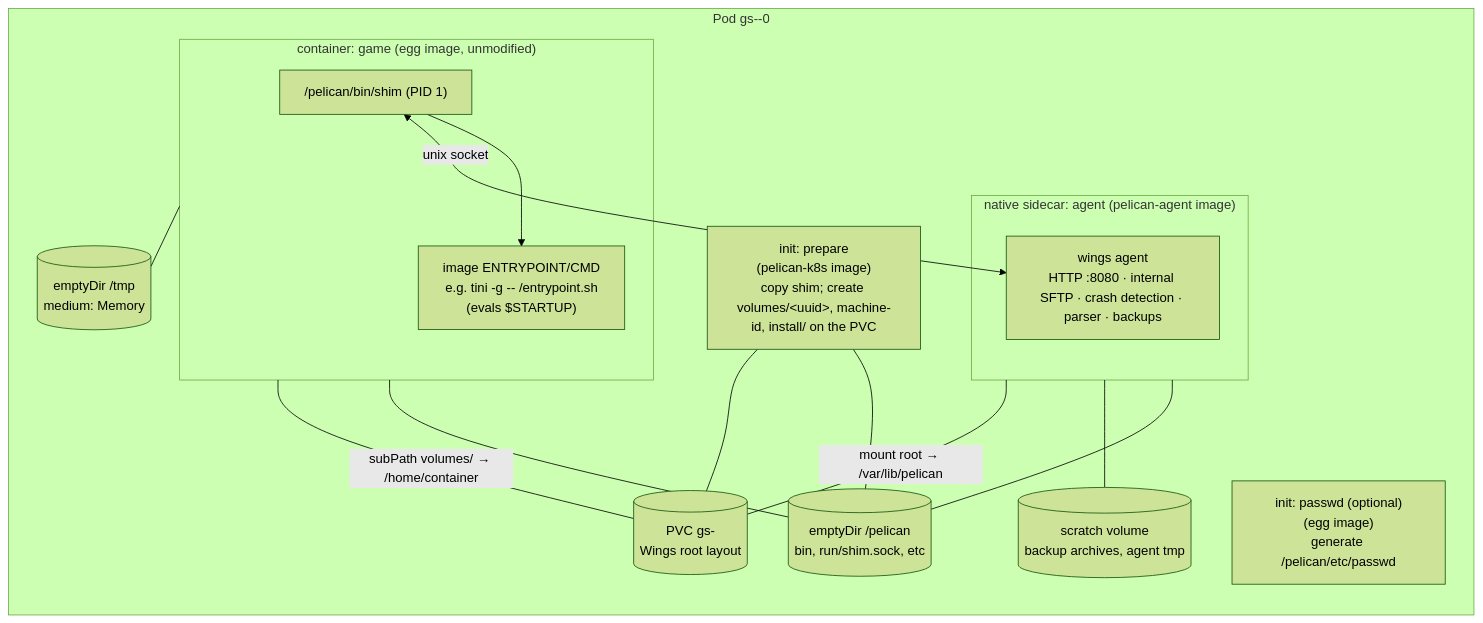
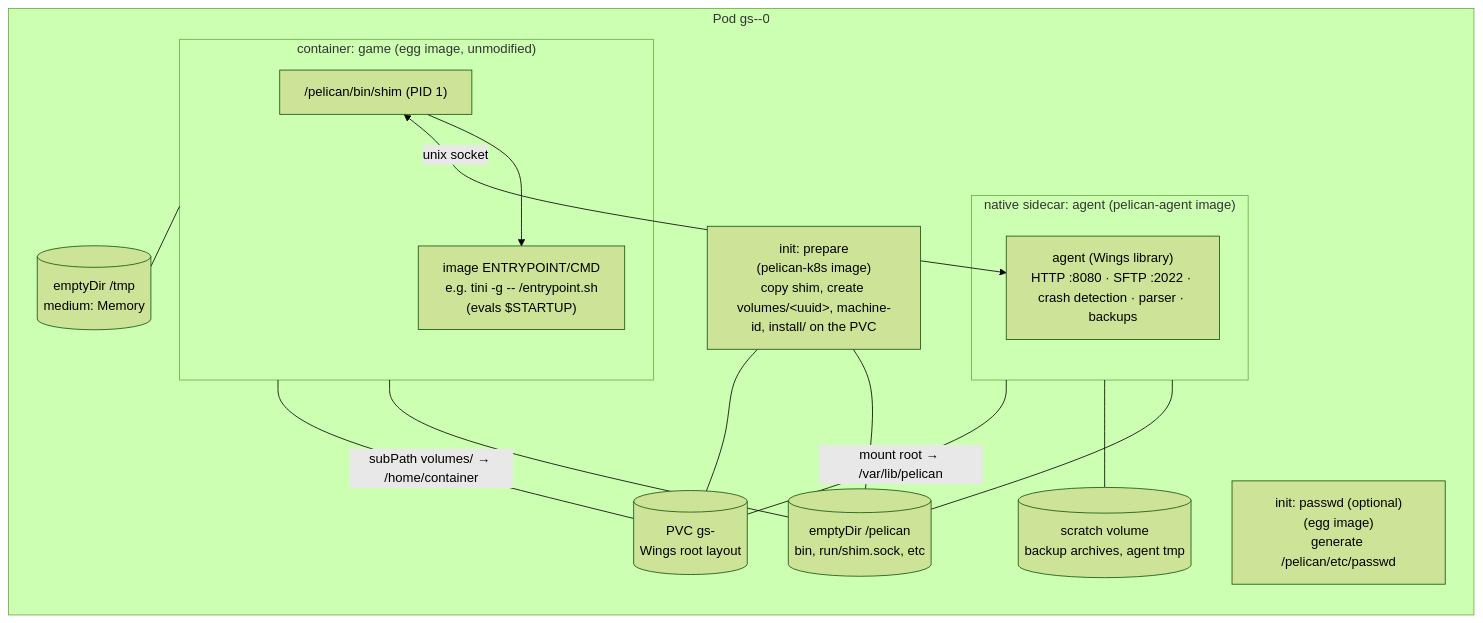
The third of 5 diagrams in ARCHITECTURE.md (Claiyc/pelican-k8s), drawn with Mermaid (forest theme) before and after one commit. The commit also changed other lines of this file and 1 other file, not shown here.

````diff
--- a/ARCHITECTURE.md
+++ b/ARCHITECTURE.md
@@ -329,24 +343,24 @@
 ```mermaid
 flowchart TB
   subgraph Pod["Pod gs-<uuid>-0"]
     direction TB
-    I1["init: prepare<br/>(pelican-k8s image)<br/>copy shim; create volumes/&lt;uuid&gt;, machine-id, install/ on the PVC"]
+    I1["init: prepare<br/>(pelican-k8s image)<br/>copy shim, create volumes/&lt;uuid&gt;, machine-id, install/ on the PVC"]
     I2["init: passwd (optional)<br/>(egg image)<br/>generate /pelican/etc/passwd"]
     subgraph A["native sidecar: agent (pelican-agent image)"]
-      W["wings agent<br/>HTTP :8080 · internal SFTP · crash detection · parser · backups"]
+      W["agent (Wings library)<br/>HTTP :8080 · SFTP :2022 · crash detection · parser · backups"]
     end
     subgraph G["container: game (egg image, unmodified)"]
       SH["/pelican/bin/shim (PID 1)"] --> EP["image ENTRYPOINT/CMD<br/>e.g. tini -g -- /entrypoint.sh<br/>(evals $STARTUP)"]
     end
     V1[("emptyDir /pelican<br/>bin, run/shim.sock, etc")]
     V2[("PVC gs-<uuid><br/>Wings root layout")]
     V3[("emptyDir /tmp<br/>medium: Memory")]
     V4[("scratch volume<br/>backup archives, agent tmp")]
   end
   SH <-- "unix socket" --> W
   G --- V1 & V3
   A --- V1 & V4
   I1 --- V1 & V2
   G -- "subPath volumes/<uuid> → /home/container" --- V2
   A -- "mount root → /var/lib/pelican" --- V2
 ```
````
